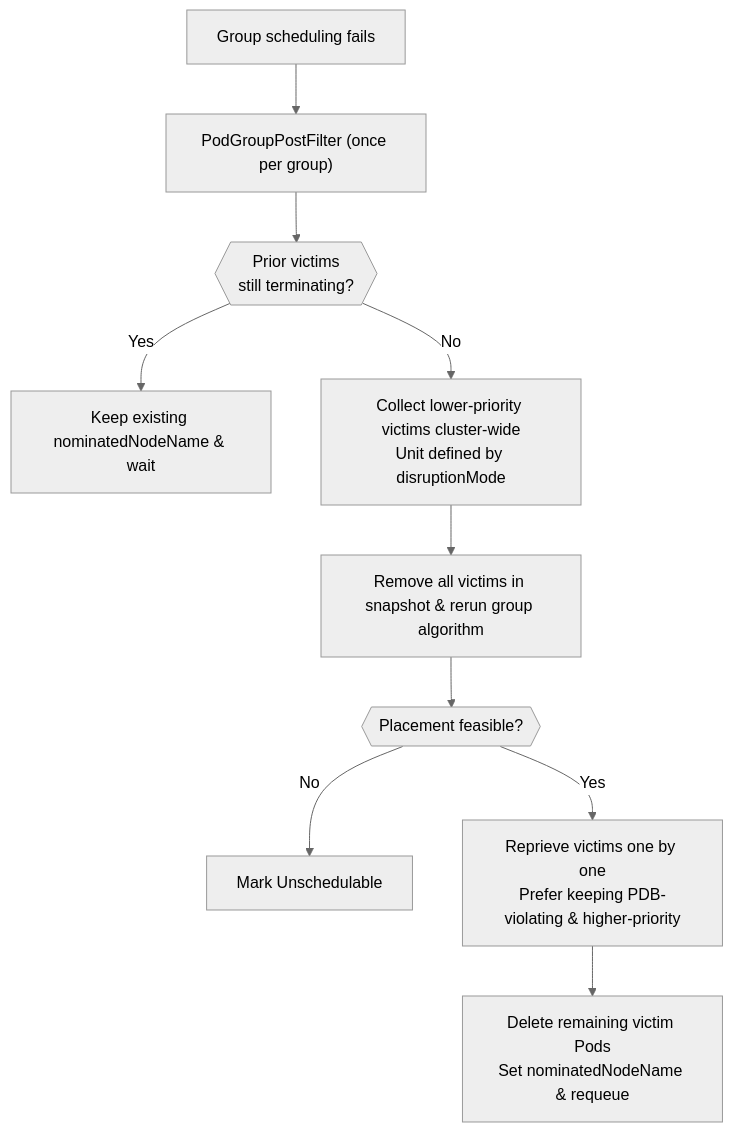
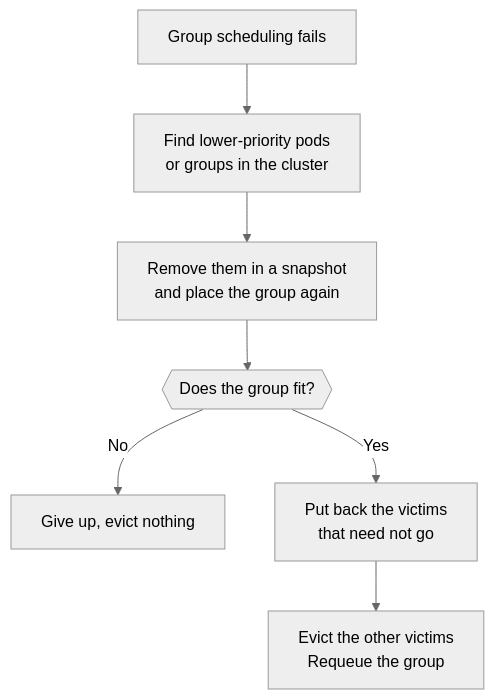
The tenth of 13 diagrams in docs/research/k8s-workload-aware-scheduling-vs-volcano.md (JesseStutler/volcano), drawn with Mermaid (neutral theme) before and after one commit. The commit also changed other lines of this file and 1 other file, not shown here.

First line of the commit message:
docs: rewrite the upstream PodGroup comparison for readability

````diff
--- a/docs/research/k8s-workload-aware-scheduling-vs-volcano.md
+++ b/docs/research/k8s-workload-aware-scheduling-vs-volcano.md
@@ -488,12 +467,9 @@
 ```mermaid
 flowchart TD
-    A["Group scheduling fails"] --> B["PodGroupPostFilter (once per group)"]
-    B --> C{{"Prior victims<br/>still terminating?"}}
-    C -- Yes --> D["Keep existing nominatedNodeName & wait"]
-    C -- No --> E["Collect lower-priority victims cluster-wide<br/>Unit defined by disruptionMode"]
-    E --> F["Remove all victims in snapshot & rerun group algorithm"]
-    F --> G{{"Placement feasible?"}}
-    G -- No --> H["Mark Unschedulable"]
-    G -- Yes --> I["Reprieve victims one by one<br/>Prefer keeping PDB-violating & higher-priority"]
-    I --> J["Delete remaining victim Pods<br/>Set nominatedNodeName & requeue"]
+    A["Group scheduling fails"] --> B["Find lower-priority pods<br/>or groups in the cluster"]
+    B --> C["Remove them in a snapshot<br/>and place the group again"]
+    C --> D{{"Does the group fit?"}}
+    D -- No --> E["Give up, evict nothing"]
+    D -- Yes --> F["Put back the victims<br/>that need not go"]
+    F --> G["Evict the other victims<br/>Requeue the group"]
 ```
````
